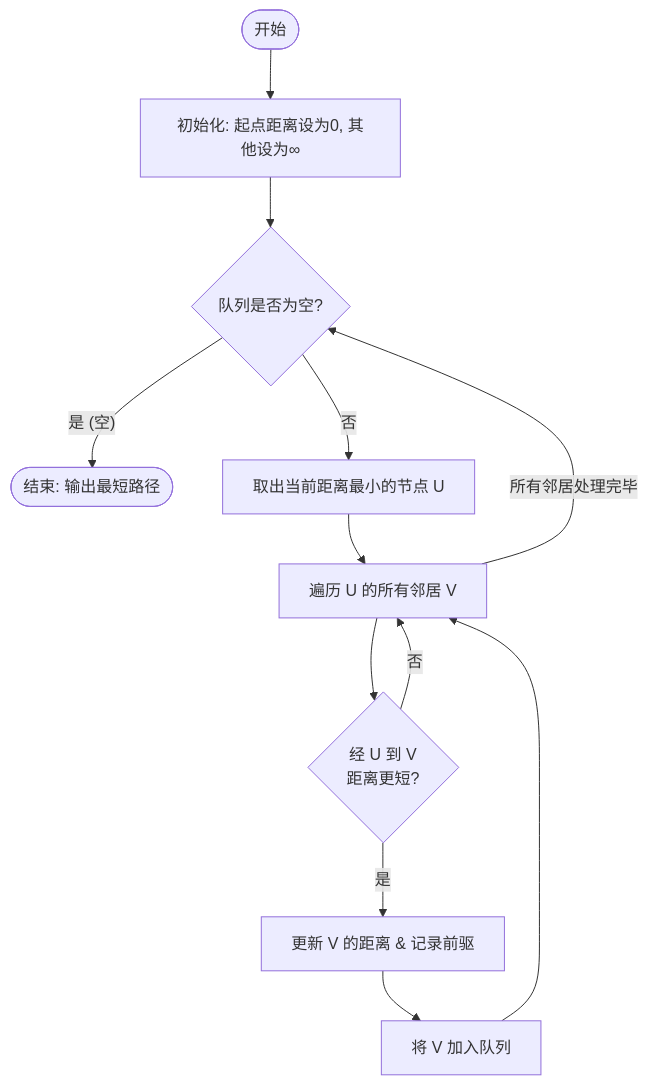
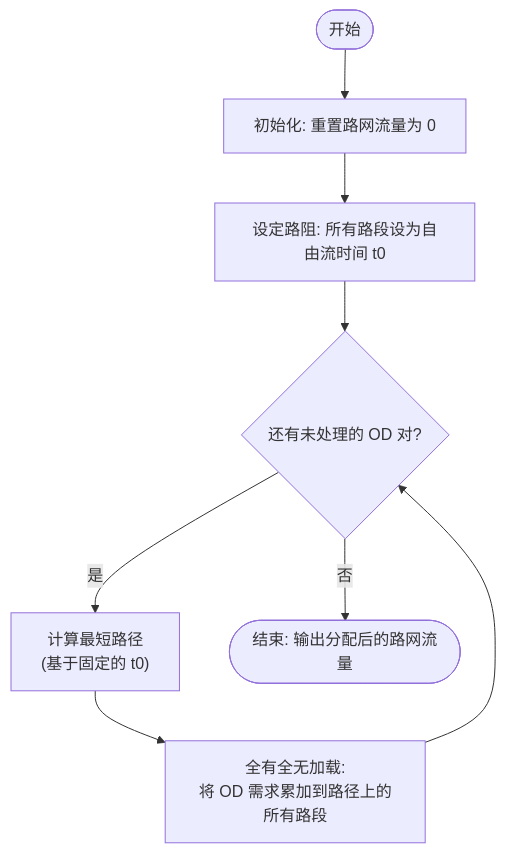
One commit to ABU121111/College changed the diagram in 大三上/未命名.md. Above: the diagram before and after it, drawn with Mermaid. The commit also changed other lines of this file, not shown here.

Commit message:
2025-12-12 13:27:30

````diff
--- a/大三上/未命名.md
+++ b/大三上/未命名.md
@@ -1,22 +1,16 @@
 ```mermaid
 flowchart TD
-    Start([开始]) --> Init[初始化: 起点距离设为0, 其他设为∞]
-    Init --> Loop{队列是否为空?}
+    Start([开始]) --> Init["初始化: 重置路网流量为 0"]
     
-    Loop -- 是 (空) --> End([结束: 输出最短路径])
-    Loop -- 否 --> Pop[取出当前距离最小的节点 U]
+    Init --> SetCost["设定路阻: 所有路段设为自由流时间 t0"]
     
-    Pop --> Neighbors[遍历 U 的所有邻居 V]
-    Neighbors --> Relax{经 U 到 V<br/>距离更短?}
+    SetCost --> Loop{还有未处理的 OD 对?}
     
-    %% 松弛成功
-    Relax -- 是 --> Update[更新 V 的距离 & 记录前驱]
-    Update --> Push[将 V 加入队列]
-    Push --> Neighbors
+    Loop -- 是 --> FindPath["计算最短路径<br/>(基于固定的 t0)"]
     
-    %% 松弛失败
-    Relax -- 否 --> Neighbors
+    FindPath --> Assign["全有全无加载:<br/>将 OD 需求累加到路径上的所有路段"]
     
-    %% 邻居遍历结束回主循环
-    Neighbors -- 所有邻居处理完毕 --> Loop
+    Assign --> Loop
+    
+    Loop -- 否 --> End([结束: 输出分配后的路网流量])
 ```
````
